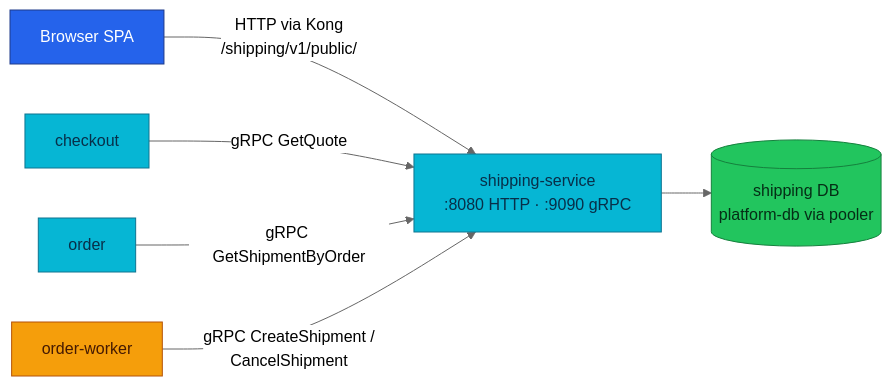
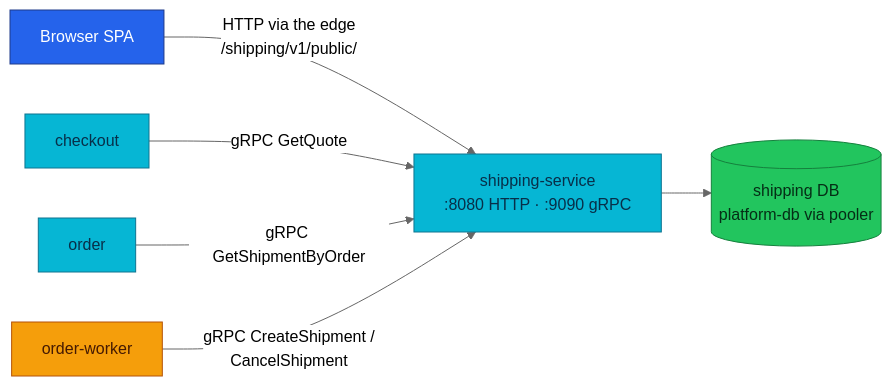
The diagram in docs/api/shipping.md (duynhlab/homelab), drawn with Mermaid (neutral theme) before and after one commit. The commit also changed other lines of this file and 28 other files, not shown here.

````diff
--- a/docs/api/shipping.md
+++ b/docs/api/shipping.md
@@ -56,17 +56,17 @@
 ```mermaid
 flowchart LR
-    SPA["Browser SPA"] -->|"HTTP via Kong<br/>/shipping/v1/public/"| SHIP["shipping-service<br/>:8080 HTTP · :9090 gRPC"]
+    SPA["Browser SPA"] -->|"HTTP via the edge<br/>/shipping/v1/public/"| SHIP["shipping-service<br/>:8080 HTTP · :9090 gRPC"]
     CK["checkout"] -->|"gRPC GetQuote"| SHIP
     ORD["order"] -->|"gRPC GetShipmentByOrder"| SHIP
     OW["order-worker"] -->|"gRPC CreateShipment /<br/>CancelShipment"| SHIP
     SHIP --> DB[("shipping DB<br/>platform-db via pooler")]
 
     classDef edge fill:#2563eb,color:#fff,stroke:#1e3a8a;
     classDef service fill:#06b6d4,color:#082f49,stroke:#0e7490;
     classDef worker fill:#f59e0b,color:#451a03,stroke:#b45309;
     classDef data fill:#22c55e,color:#052e16,stroke:#15803d;
     class SPA edge;
     class SHIP,CK,ORD service;
     class OW worker;
     class DB data;
 ```
````
